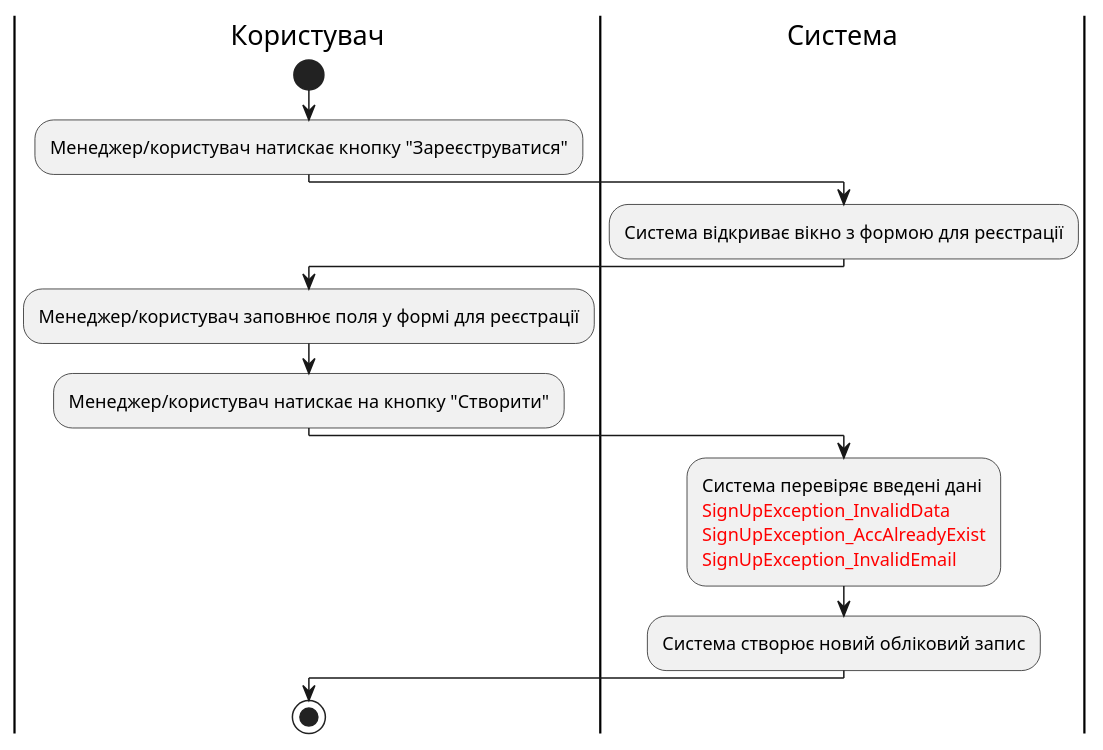
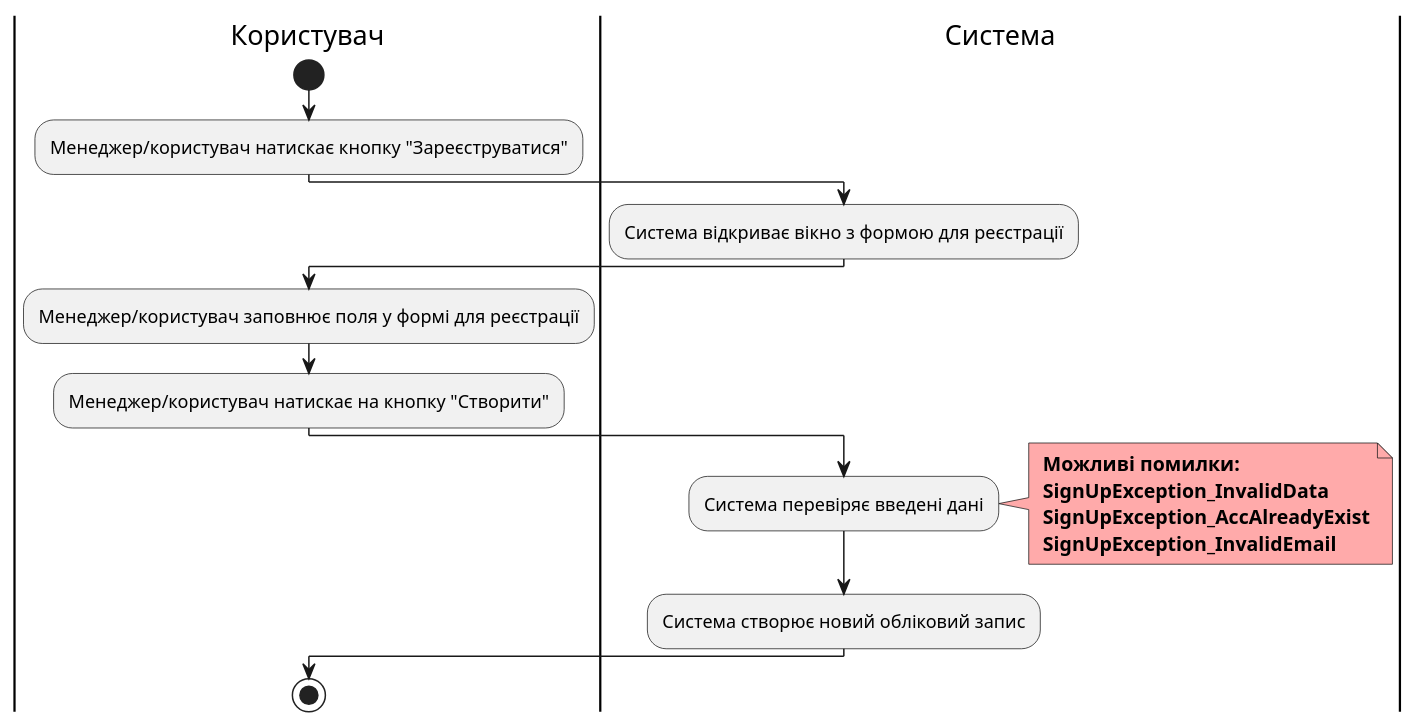
Before and after one commit to vlad13242/TaskForge: the fourth of 21 diagrams in docs/use cases/README.md, drawn with PlantUML. The commit also changed other lines of this file and 1 other file, not shown here.

Commit message:
shenge all diagram errors

```diff
--- a/docs/use cases/README.md
+++ b/docs/use cases/README.md
@@ -191,21 +191,24 @@
 @startuml
 
     |Користувач|
     start;
 
     :Менеджер/користувач натискає кнопку "Зареєструватися";
     |Система|
     :Система відкриває вікно з формою для реєстрації;
     |Користувач|
     :Менеджер/користувач заповнює поля у формі для реєстрації;
     :Менеджер/користувач натискає на кнопку "Створити";
     |Система|
-    :Система перевіряє введені дані
-    <font color="red">SignUpException_InvalidData</font>
-    <font color="red">SignUpException_AccAlreadyExist</font>
-    <font color="red">SignUpException_InvalidEmail</font>;
+    :Система перевіряє введені дані;
+    note right #ffaaaa
+    <b> Можливі помилки:
+    <b> SignUpException_InvalidData
+    <b> SignUpException_AccAlreadyExist
+    <b> SignUpException_InvalidEmail
+    end note
     :Система створює новий обліковий запис;
     |Користувач|
     stop;
 
 @enduml
```
